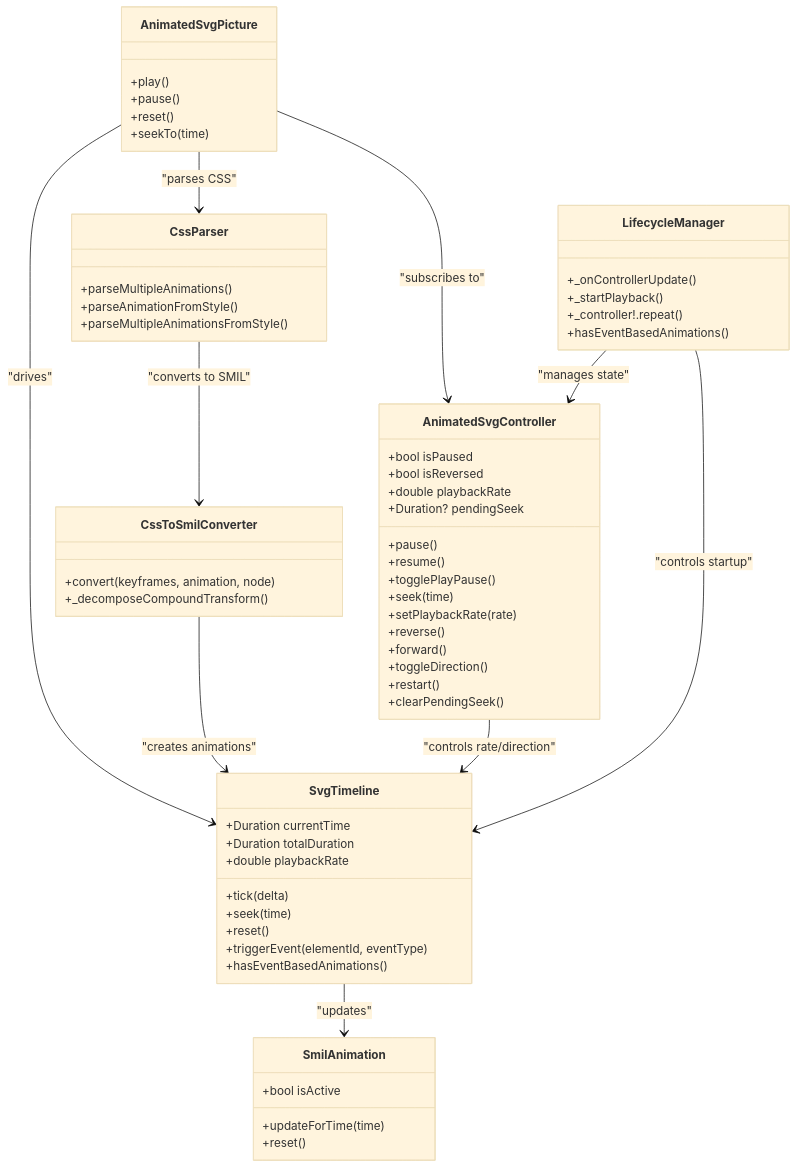
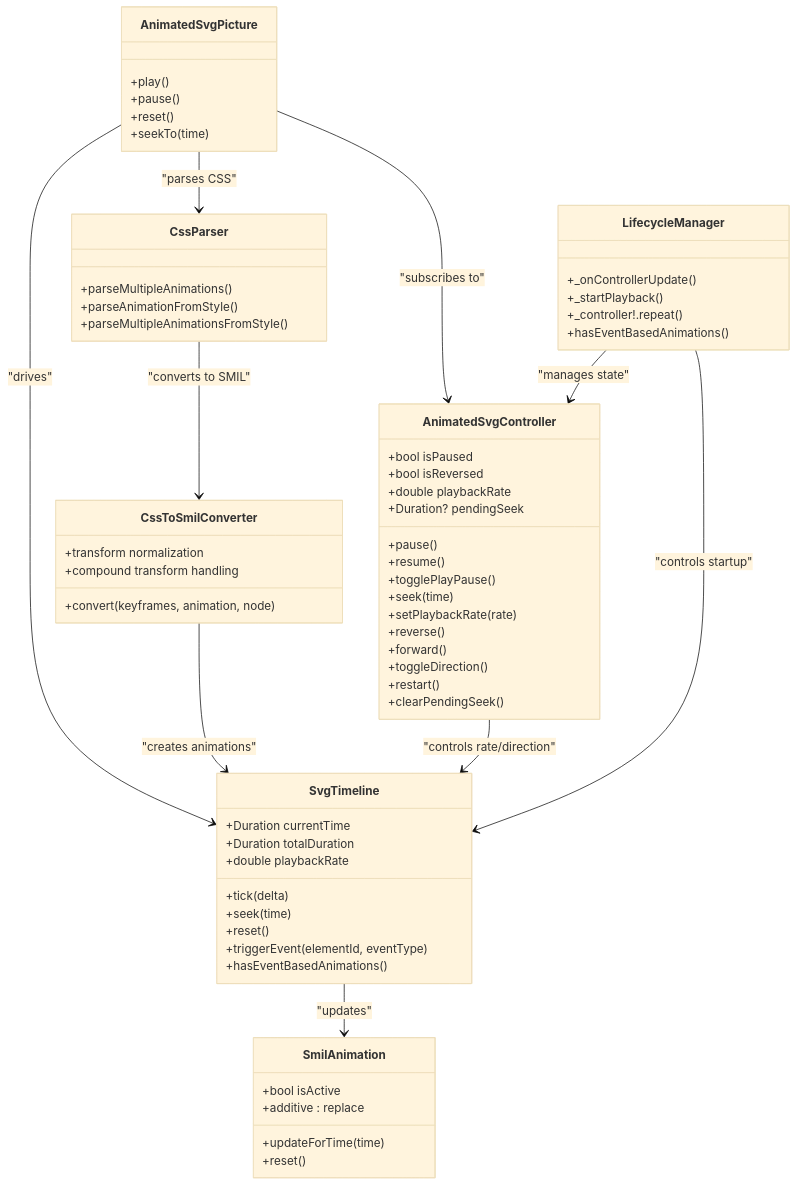
One commit to denisnadey/flutter_full_svg_support changed the third of 3 diagrams in .qoder/repowiki/en/content/Animated SVG Support/Animation Control and Playback.md. Above: the diagram before and after it, drawn with Mermaid (base theme). The commit also changed other lines of this file and 40 other files, not shown here.

````diff
--- a/.qoder/repowiki/en/content/Animated SVG Support/Animation Control and Playback.md
+++ b/.qoder/repowiki/en/content/Animated SVG Support/Animation Control and Playback.md
@@ -556,64 +612,66 @@
 ```mermaid
 classDiagram
 class AnimatedSvgController {
 +bool isPaused
 +bool isReversed
 +double playbackRate
 +Duration? pendingSeek
 +pause()
 +resume()
 +togglePlayPause()
 +seek(time)
 +setPlaybackRate(rate)
 +reverse()
 +forward()
 +toggleDirection()
 +restart()
 +clearPendingSeek()
 }
 class AnimatedSvgPicture {
 +play()
 +pause()
 +reset()
 +seekTo(time)
 }
 class SvgTimeline {
 +Duration currentTime
 +Duration totalDuration
 +double playbackRate
 +tick(delta)
 +seek(time)
 +reset()
 +triggerEvent(elementId, eventType)
 +hasEventBasedAnimations()
 }
 class SmilAnimation {
 +bool isActive
 +updateForTime(time)
 +reset()
++additive : replace
 }
 class CssParser {
 +parseMultipleAnimations()
 +parseAnimationFromStyle()
 +parseMultipleAnimationsFromStyle()
 }
 class CssToSmilConverter {
 +convert(keyframes, animation, node)
-+_decomposeCompoundTransform()
++transform normalization
++compound transform handling
 }
 class LifecycleManager {
 +_onControllerUpdate()
 +_startPlayback()
 +_controller!.repeat()
 +hasEventBasedAnimations()
 }
 AnimatedSvgPicture --> AnimatedSvgController : "subscribes to"
 AnimatedSvgPicture --> SvgTimeline : "drives"
 SvgTimeline --> SmilAnimation : "updates"
 AnimatedSvgPicture --> CssParser : "parses CSS"
 CssParser --> CssToSmilConverter : "converts to SMIL"
 CssToSmilConverter --> SvgTimeline : "creates animations"
 AnimatedSvgController --> SvgTimeline : "controls rate/direction"
 LifecycleManager --> AnimatedSvgController : "manages state"
 LifecycleManager --> SvgTimeline : "controls startup"
 ```
````
